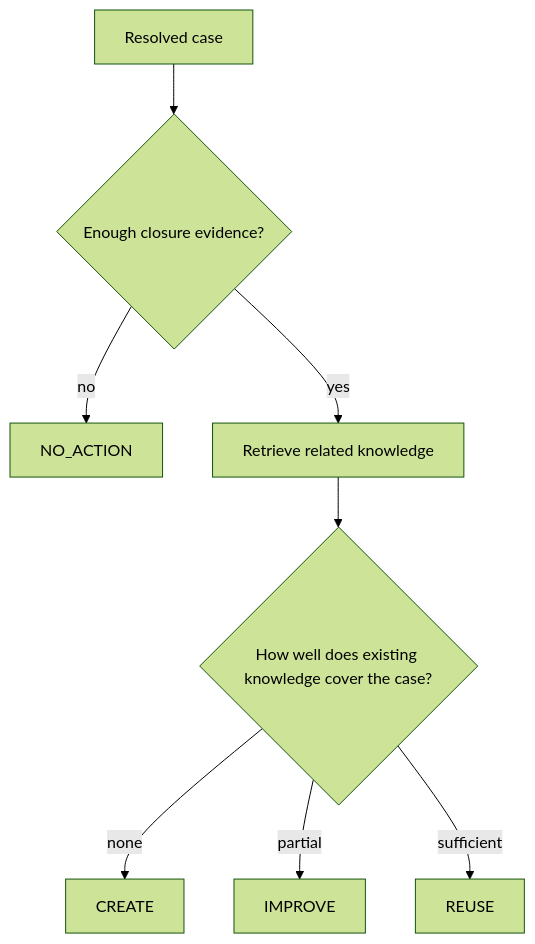
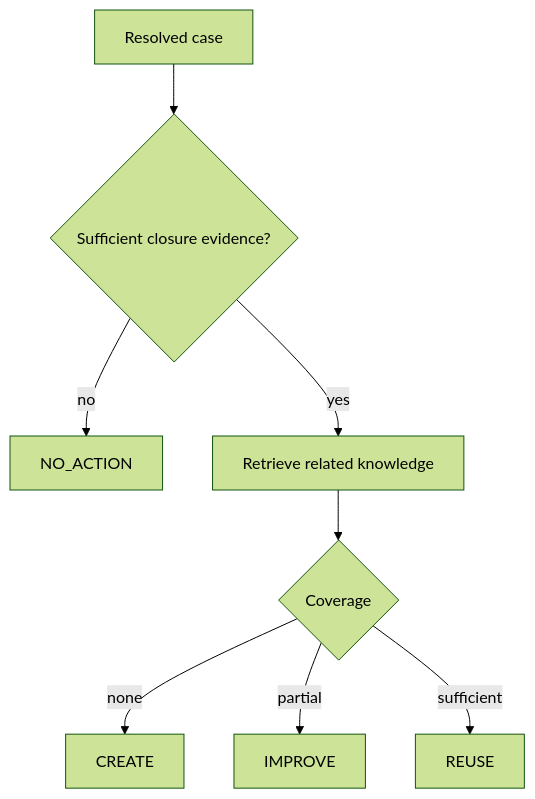
One commit to kumarchandansingh/tropos changed the diagram in docs/product/PRODUCT_MODEL.md. Above: the diagram before and after it, drawn with Mermaid (forest theme). The commit also changed other lines of this file and 13 other files, not shown here.

````diff
--- a/docs/product/PRODUCT_MODEL.md
+++ b/docs/product/PRODUCT_MODEL.md
@@ -9,10 +11,11 @@
 ```mermaid
 flowchart TD
-    A[Resolved case] --> B{Enough closure evidence?}
-    B -- no --> N[NO_ACTION]
-    B -- yes --> C[Retrieve related knowledge]
-    C --> D{How well does existing knowledge cover the case?}
-    D -- none --> CR[CREATE]
-    D -- partial --> IM[IMPROVE]
-    D -- sufficient --> RE[REUSE]
+    Case[Resolved case]
+    --> Evidence{Sufficient closure evidence?}
+    Evidence -- no --> NoAction[NO_ACTION]
+    Evidence -- yes --> Retrieve[Retrieve related knowledge]
+    Retrieve --> Coverage{Coverage}
+    Coverage -- none --> Create[CREATE]
+    Coverage -- partial --> Improve[IMPROVE]
+    Coverage -- sufficient --> Reuse[REUSE]
 ```
````
